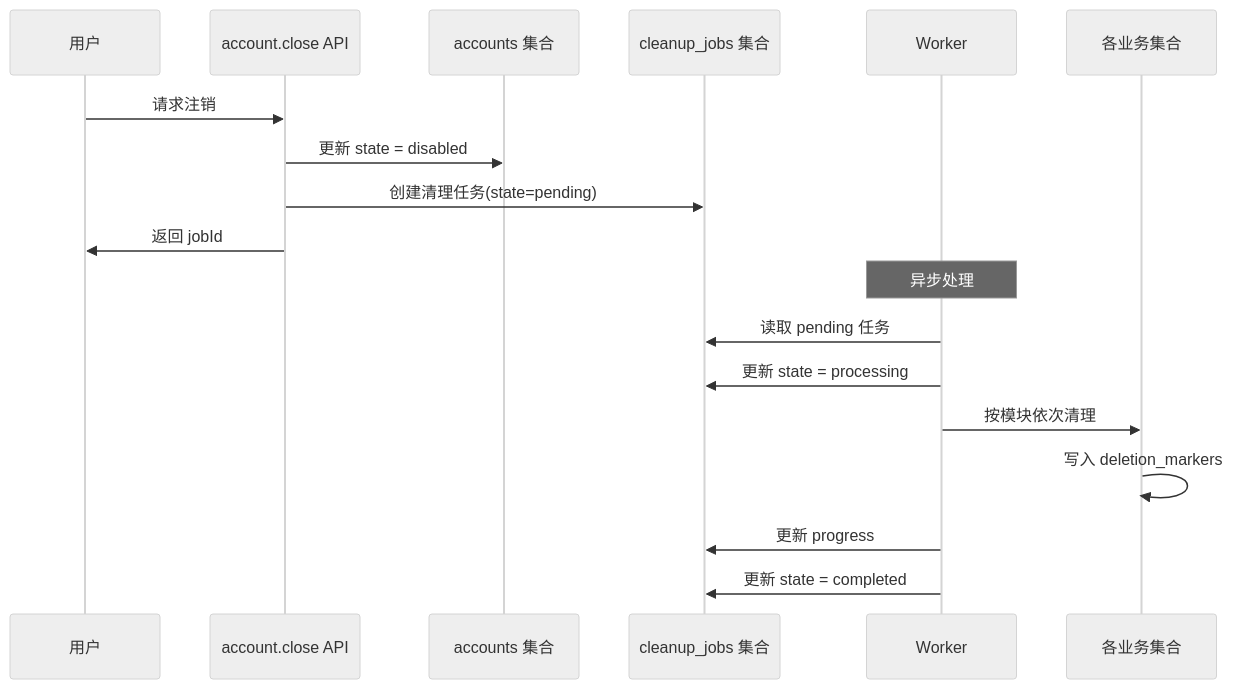
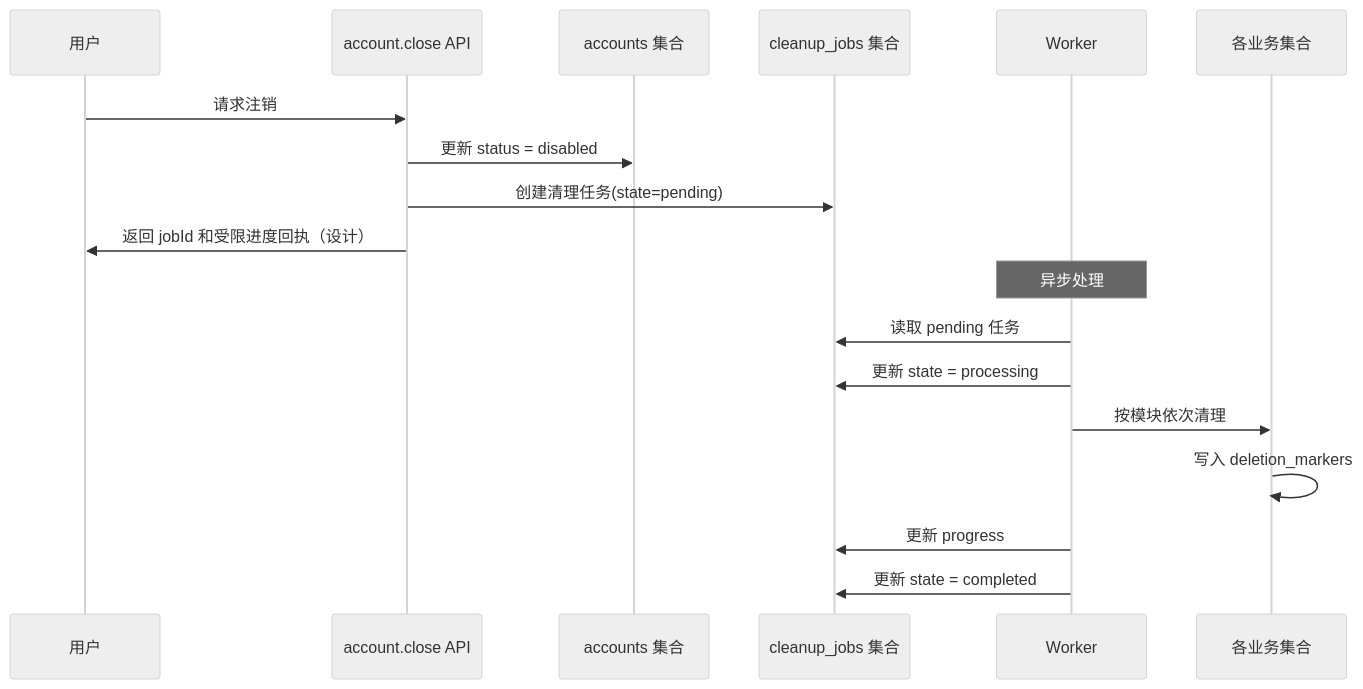
Before and after one commit to HX-Jan/MoodSky: the first of 2 diagrams in docs/week1/XiangYu/cleanup-recovery-design.md, drawn with Mermaid (neutral theme). The commit also changed other lines of this file and 105 other files, not shown here.

````diff
--- a/docs/week1/XiangYu/cleanup-recovery-design.md
+++ b/docs/week1/XiangYu/cleanup-recovery-design.md
@@ -34,21 +36,21 @@
 ```mermaid
 sequenceDiagram
     participant U as 用户
     participant A as account.close API
     participant DB as accounts 集合
     participant CJ as cleanup_jobs 集合
     participant W as Worker
     participant M as 各业务集合
 
     U->>A: 请求注销
-    A->>DB: 更新 state = disabled
+    A->>DB: 更新 status = disabled
     A->>CJ: 创建清理任务(state=pending)
-    A->>U: 返回 jobId
+    A->>U: 返回 jobId 和受限进度回执（设计）
     Note over W: 异步处理
     W->>CJ: 读取 pending 任务
     W->>CJ: 更新 state = processing
     W->>M: 按模块依次清理
     M->>M: 写入 deletion_markers
     W->>CJ: 更新 progress
     W->>CJ: 更新 state = completed
 ```
````
